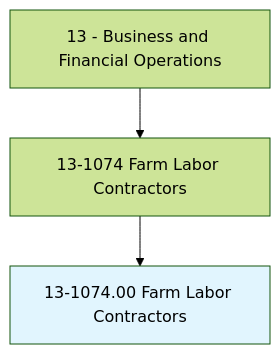
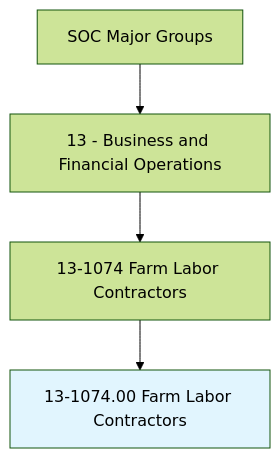
Before and after one commit to kziemski/business.org.ai: the first of 4 diagrams in occupations/Business/FarmLaborContractors.mdx, drawn with Mermaid (forest theme). The commit also changed other lines of this file and 938 other files, not shown here.

````diff
--- a/occupations/Business/FarmLaborContractors.mdx
+++ b/occupations/Business/FarmLaborContractors.mdx
@@ -19,6 +25,7 @@
 ```mermaid
 graph TD
-    Cat13["13 - Business and Financial Operations"] --> Group131074["13-1074 Farm Labor Contractors"]
-    Group131074 --> Current["13-1074.00 Farm Labor Contractors"]
+    SOC["SOC Major Groups"] --> Cat13["13 - Business and Financial Operations"]
+    Cat13 --> G131074["13-1074 Farm Labor Contractors"]
+    G131074 --> Current["13-1074.00 Farm Labor Contractors"]
     style Current fill:#e1f5fe
 ```
````
